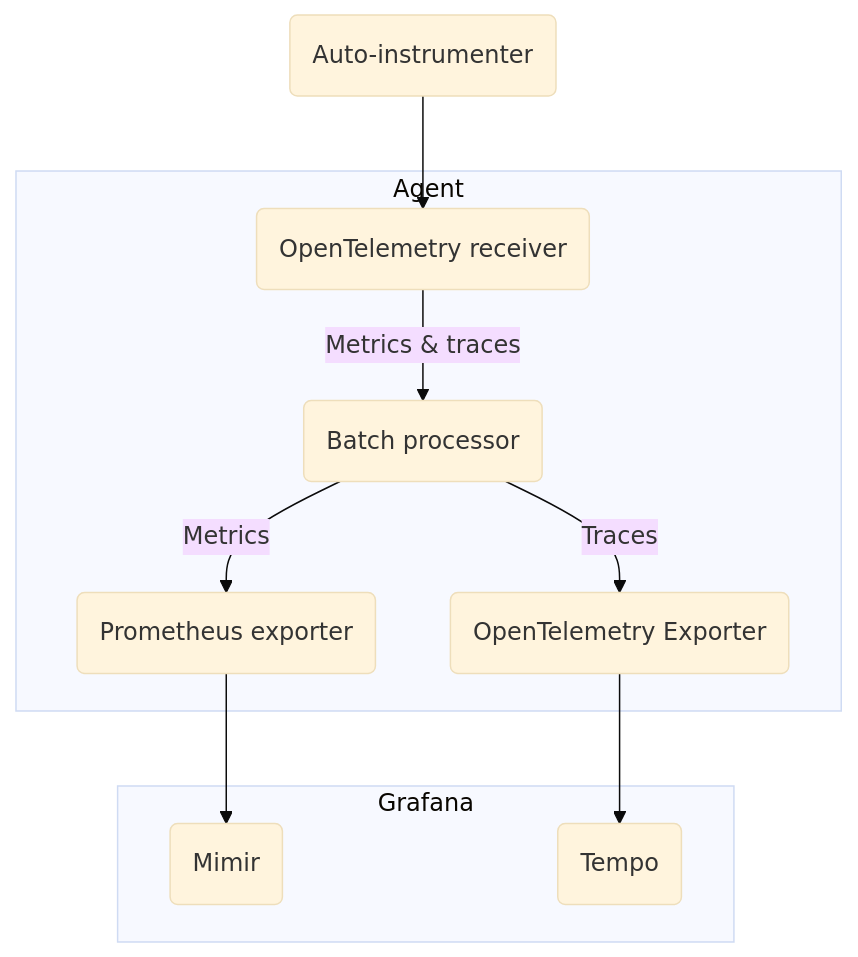
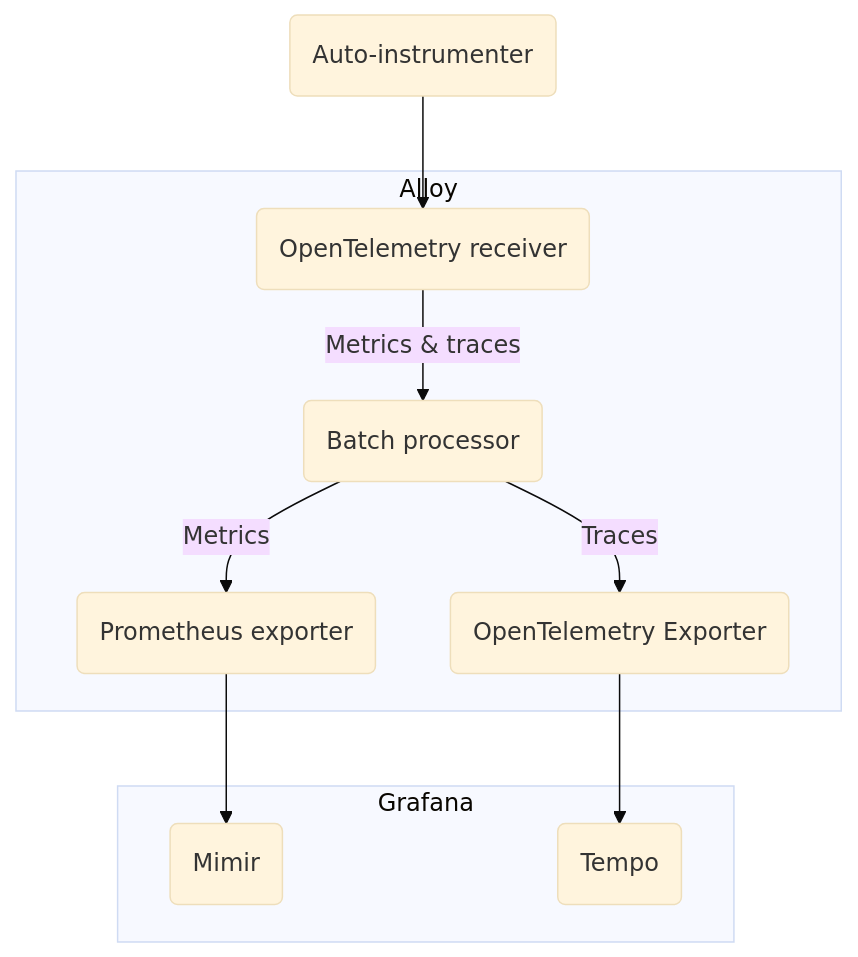
Before and after one commit to grafana/beyla: the diagram in docs/sources/flowchart/nodes.mmd, drawn with Mermaid (base theme). The commit also changed 7 other files, not shown here.

Commit message:
Rename agent to alloy

```diff
--- a/docs/sources/flowchart/nodes.mmd
+++ b/docs/sources/flowchart/nodes.mmd
@@ -1,22 +1,22 @@
 flowchart TD
 
     EA1(Auto-instrumenter) --> OTLP
 
     OTLP(OpenTelemetry receiver) --> |Metrics & traces| BATCH(Batch processor)
     BATCH --> |Metrics| PE(Prometheus exporter)
     BATCH --> |Traces| OE(OpenTelemetry Exporter)
 
     PE --> M
     OE --> T
 
-    subgraph Agent
+    subgraph Alloy
         OTLP
         BATCH
         PE
         OE
     end
 
     subgraph Grafana
         M(Mimir)
         T(Tempo)
     end
```
